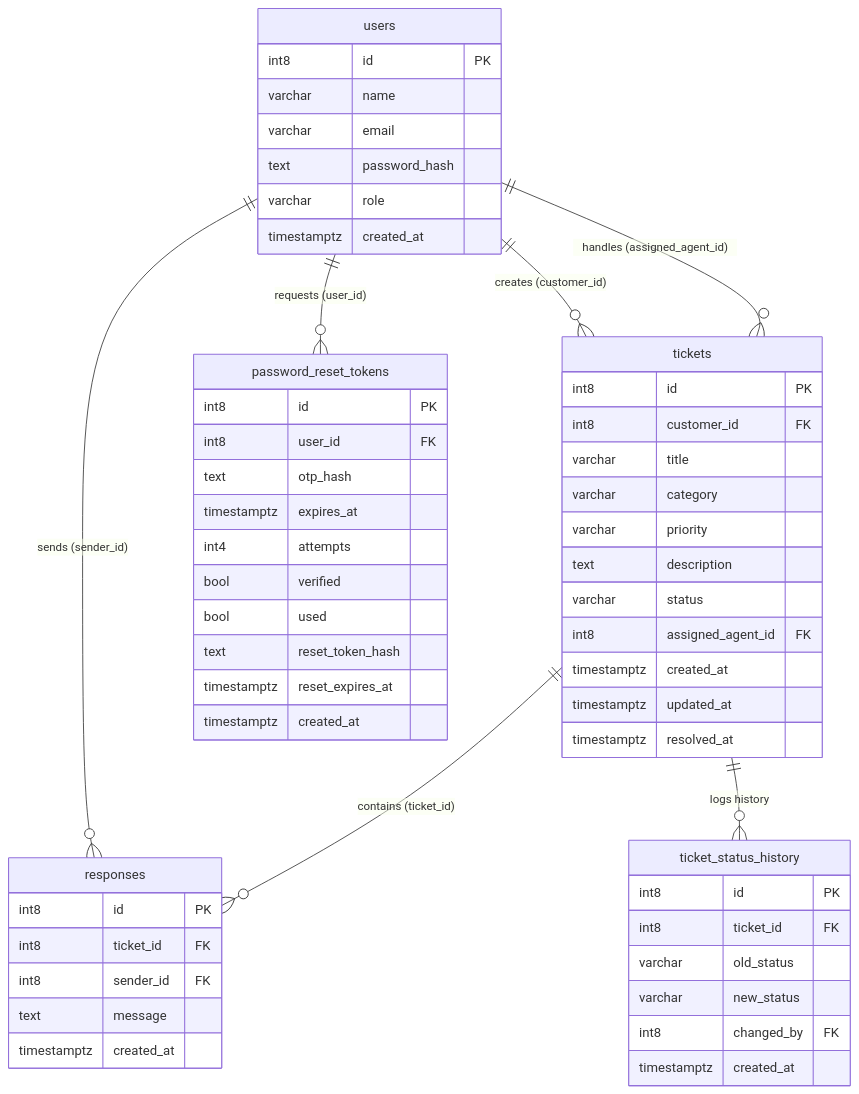
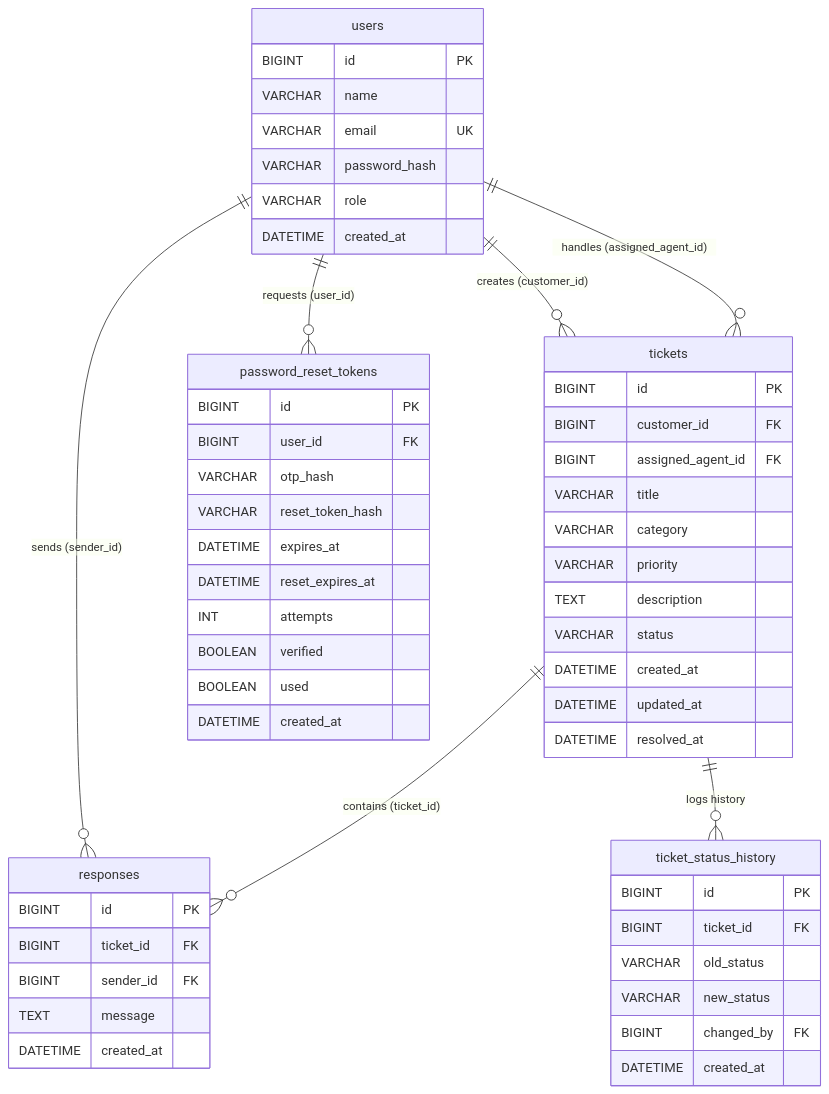
Before and after one commit to viraj3106/Hesk: the third of 3 diagrams in README.md, drawn with Mermaid. The commit also changed other lines of this file and 51 other files, not shown here.

````diff
--- a/README.md
+++ b/README.md
@@ -95,62 +95,62 @@
 ```mermaid
 erDiagram
     users {
-        int8 id PK
-        varchar name
-        varchar email
-        text password_hash
-        varchar role
-        timestamptz created_at
+        BIGINT id PK
+        VARCHAR name
+        VARCHAR email UK
+        VARCHAR password_hash
+        VARCHAR role
+        DATETIME created_at
     }
 
     tickets {
-        int8 id PK
-        int8 customer_id FK
-        varchar title
-        varchar category
-        varchar priority
-        text description
-        varchar status
-        int8 assigned_agent_id FK
-        timestamptz created_at
-        timestamptz updated_at
-        timestamptz resolved_at
+        BIGINT id PK
+        BIGINT customer_id FK
+        BIGINT assigned_agent_id FK
+        VARCHAR title
+        VARCHAR category
+        VARCHAR priority
+        TEXT description
+        VARCHAR status
+        DATETIME created_at
+        DATETIME updated_at
+        DATETIME resolved_at
     }
 
     responses {
-        int8 id PK
-        int8 ticket_id FK
-        int8 sender_id FK
-        text message
-        timestamptz created_at
+        BIGINT id PK
+        BIGINT ticket_id FK
+        BIGINT sender_id FK
+        TEXT message
+        DATETIME created_at
     }
 
     password_reset_tokens {
-        int8 id PK
-        int8 user_id FK
-        text otp_hash
-        timestamptz expires_at
-        int4 attempts
-        bool verified
-        bool used
-        text reset_token_hash
-        timestamptz reset_expires_at
-        timestamptz created_at
+        BIGINT id PK
+        BIGINT user_id FK
+        VARCHAR otp_hash
+        VARCHAR reset_token_hash
+        DATETIME expires_at
+        DATETIME reset_expires_at
+        INT attempts
+        BOOLEAN verified
+        BOOLEAN used
+        DATETIME created_at
     }
 
     ticket_status_history {
-        int8 id PK
-        int8 ticket_id FK
-        varchar old_status
-        varchar new_status
-        int8 changed_by FK
-        timestamptz created_at
+        BIGINT id PK
+        BIGINT ticket_id FK
+        VARCHAR old_status
+        VARCHAR new_status
+        BIGINT changed_by FK
+        DATETIME created_at
     }
 
     users ||--o{ tickets : "creates (customer_id)"
     users ||--o{ tickets : "handles (assigned_agent_id)"
     users ||--o{ responses : "sends (sender_id)"
     users ||--o{ password_reset_tokens : "requests (user_id)"
     tickets ||--o{ responses : "contains (ticket_id)"
     tickets ||--o{ ticket_status_history : "logs history"
 ```
````
